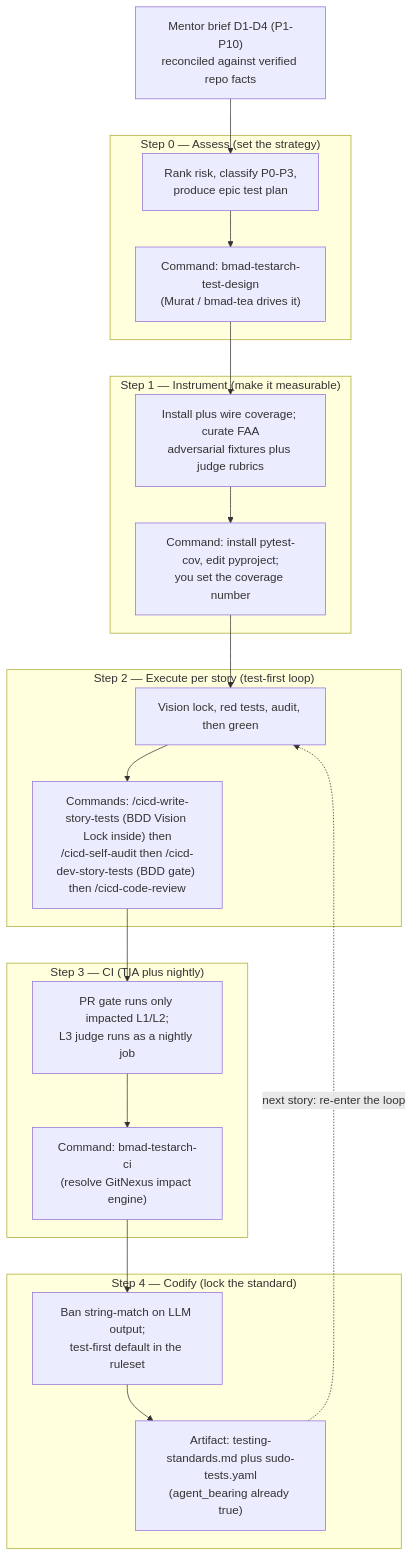
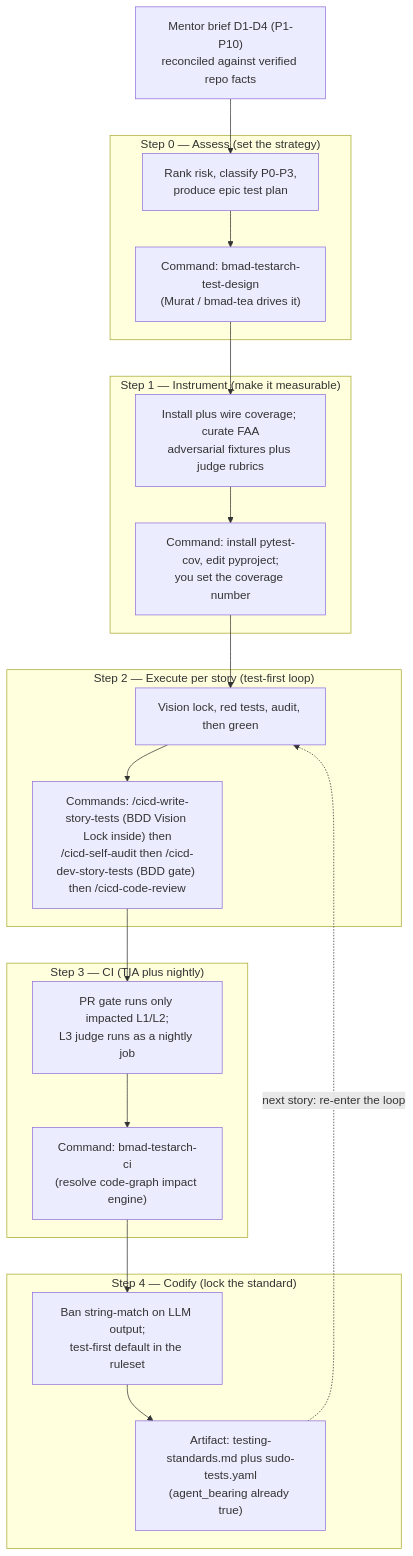
Before and after one commit to sudomadhatter/Sudo_Hatter_Command: the first of 12 diagrams in docs/_scc_sops_prds/tea_testing_guide.md, drawn with Mermaid. The commit also changed other lines of this file and 32 other files, not shown here.

````diff
--- a/docs/_scc_sops_prds/tea_testing_guide.md
+++ b/docs/_scc_sops_prds/tea_testing_guide.md
@@ -132,40 +132,40 @@
 ```mermaid
 flowchart TD
     Start["Mentor brief D1-D4 (P1-P10)\nreconciled against verified repo facts"] --> Assess
 
     subgraph S0 ["Step 0 — Assess (set the strategy)"]
         Assess["Rank risk, classify P0-P3,\nproduce epic test plan"]
         AssessCmd["Command: bmad-testarch-test-design\n(Murat / bmad-tea drives it)"]
         Assess --> AssessCmd
     end
 
     subgraph S1 ["Step 1 — Instrument (make it measurable)"]
         Instr["Install plus wire coverage; curate FAA\nadversarial fixtures plus judge rubrics"]
         InstrCmd["Command: install pytest-cov, edit pyproject;\nyou set the coverage number"]
         Instr --> InstrCmd
     end
 
     subgraph S2 ["Step 2 — Execute per story (test-first loop)"]
         Exec["Vision lock, red tests, audit, then green"]
         ExecCmd["Commands: /cicd-write-story-tests (BDD Vision Lock inside) then\n/cicd-self-audit then /cicd-dev-story-tests (BDD gate) then /cicd-code-review"]
         Exec --> ExecCmd
     end
 
     subgraph S3 ["Step 3 — CI (TIA plus nightly)"]
         CI["PR gate runs only impacted L1/L2;\nL3 judge runs as a nightly job"]
-        CICmd["Command: bmad-testarch-ci\n(resolve GitNexus impact engine)"]
+        CICmd["Command: bmad-testarch-ci\n(resolve code-graph impact engine)"]
         CI --> CICmd
     end
 
     subgraph S4 ["Step 4 — Codify (lock the standard)"]
         Codify["Ban string-match on LLM output;\ntest-first default in the ruleset"]
         CodifyCmd["Artifact: testing-standards.md plus sudo-tests.yaml\n(agent_bearing already true)"]
         Codify --> CodifyCmd
     end
 
     AssessCmd --> Instr
     InstrCmd --> Exec
     ExecCmd --> CI
     CICmd --> Codify
     CodifyCmd -.->|"next story: re-enter the loop"| Exec
 ```
````
